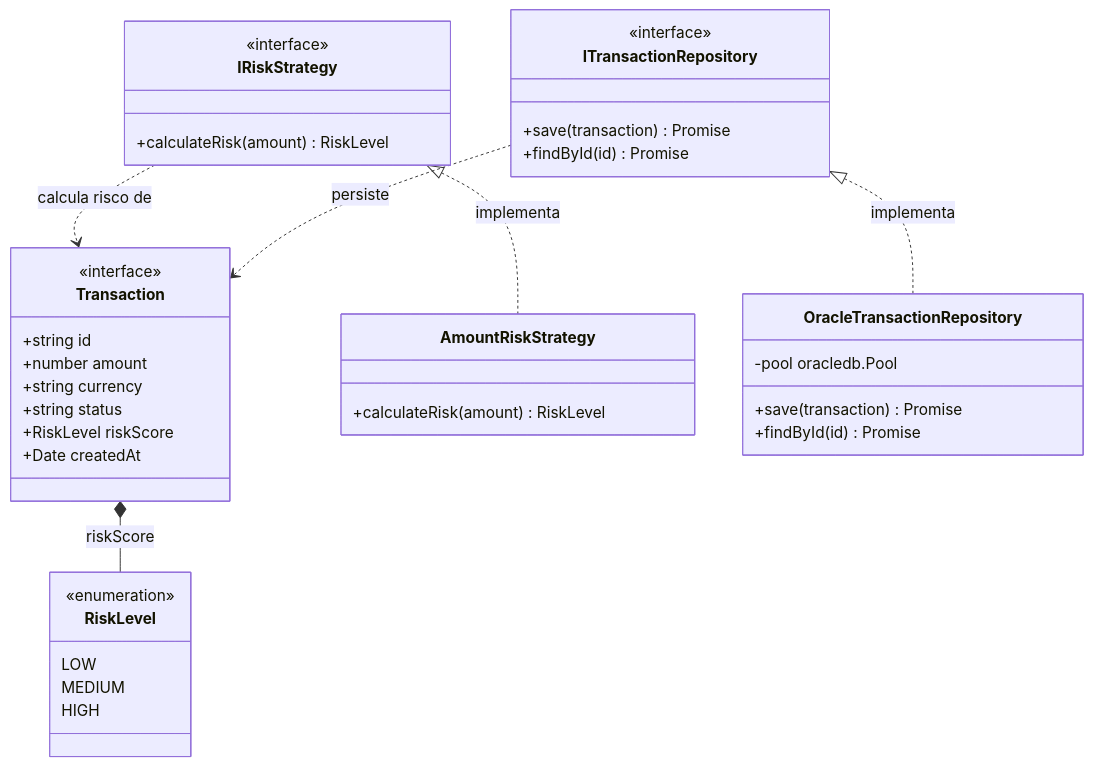
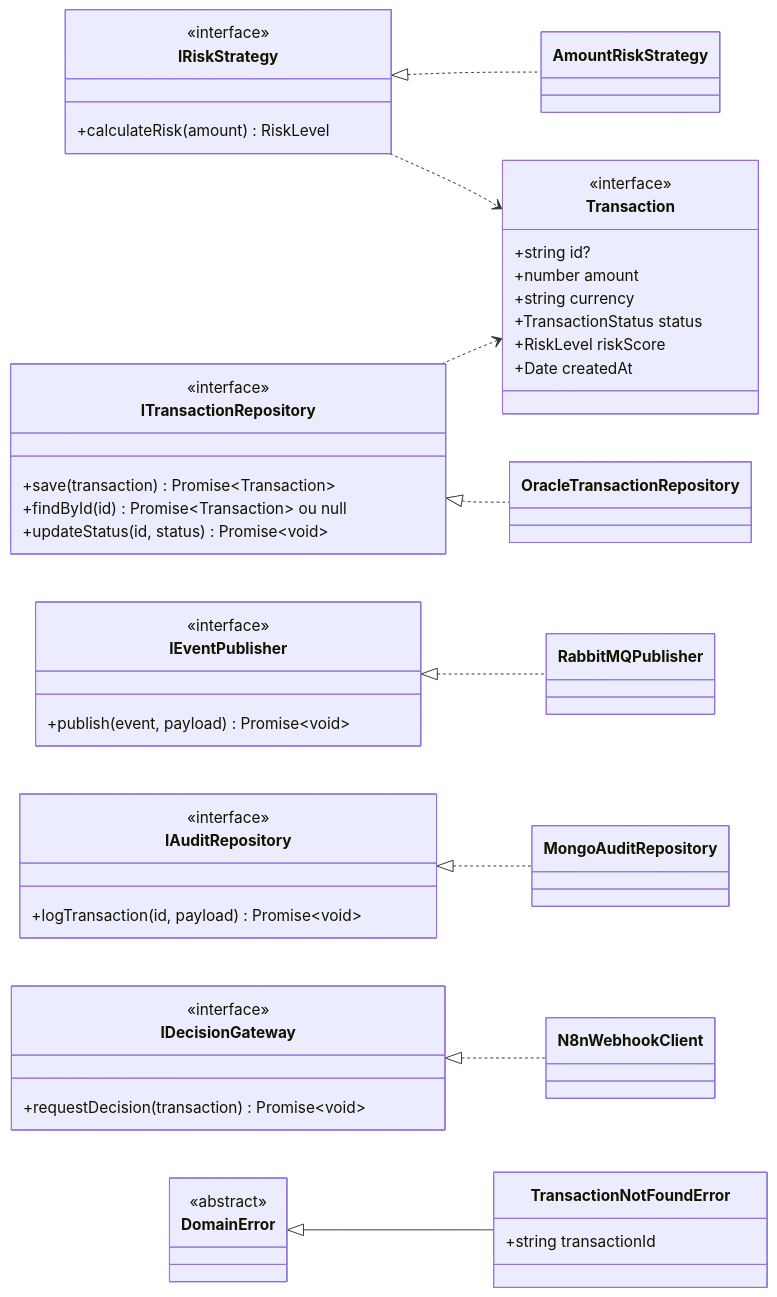
The second of 3 diagrams in ARCHITECTURE.md (jvcamargoalmeida/poc-decision-backend), drawn with Mermaid before and after one commit. The commit also changed other lines of this file and 3 other files, not shown here.

````diff
--- a/ARCHITECTURE.md
+++ b/ARCHITECTURE.md
@@ -67,46 +76,60 @@
 ```mermaid
 classDiagram
+    direction LR
+
     class Transaction {
         <<interface>>
-        +string id
+        +string id?
         +number amount
         +string currency
-        +string status
+        +TransactionStatus status
         +RiskLevel riskScore
         +Date createdAt
-    }
-
-    class RiskLevel {
-        <<enumeration>>
-        LOW
-        MEDIUM
-        HIGH
     }
 
     class IRiskStrategy {
         <<interface>>
         +calculateRisk(amount) RiskLevel
     }
-
-    class AmountRiskStrategy {
-        +calculateRisk(amount) RiskLevel
+    class ITransactionRepository {
+        <<interface>>
+        +save(transaction) Promise~Transaction~
+        +findById(id) Promise~Transaction~ ou null
+        +updateStatus(id, status) Promise~void~
+    }
+    class IEventPublisher {
+        <<interface>>
+        +publish(event, payload) Promise~void~
+    }
+    class IAuditRepository {
+        <<interface>>
+        +logTransaction(id, payload) Promise~void~
+    }
+    class IDecisionGateway {
+        <<interface>>
+        +requestDecision(transaction) Promise~void~
     }
 
-    class ITransactionRepository {
-        <<interface>>
-        +save(transaction) Promise
-        +findById(id) Promise
+    class AmountRiskStrategy
+    class OracleTransactionRepository
+    class RabbitMQPublisher
+    class MongoAuditRepository
+    class N8nWebhookClient
+
+    class DomainError {
+        <<abstract>>
+    }
+    class TransactionNotFoundError {
+        +string transactionId
     }
 
-    class OracleTransactionRepository {
-        -pool oracledb.Pool
-        +save(transaction) Promise
-        +findById(id) Promise
-    }
+    IRiskStrategy <|.. AmountRiskStrategy
+    ITransactionRepository <|.. OracleTransactionRepository
+    IEventPublisher <|.. RabbitMQPublisher
+    IAuditRepository <|.. MongoAuditRepository
+    IDecisionGateway <|.. N8nWebhookClient
+    DomainError <|-- TransactionNotFoundError
 
-    IRiskStrategy <|.. AmountRiskStrategy : implementa
-    ITransactionRepository <|.. OracleTransactionRepository : implementa
-    IRiskStrategy ..> Transaction : calcula risco de
-    ITransactionRepository ..> Transaction : persiste
-    Transaction *-- RiskLevel : riskScore
+    ITransactionRepository ..> Transaction
+    IRiskStrategy ..> Transaction
 ```
````
